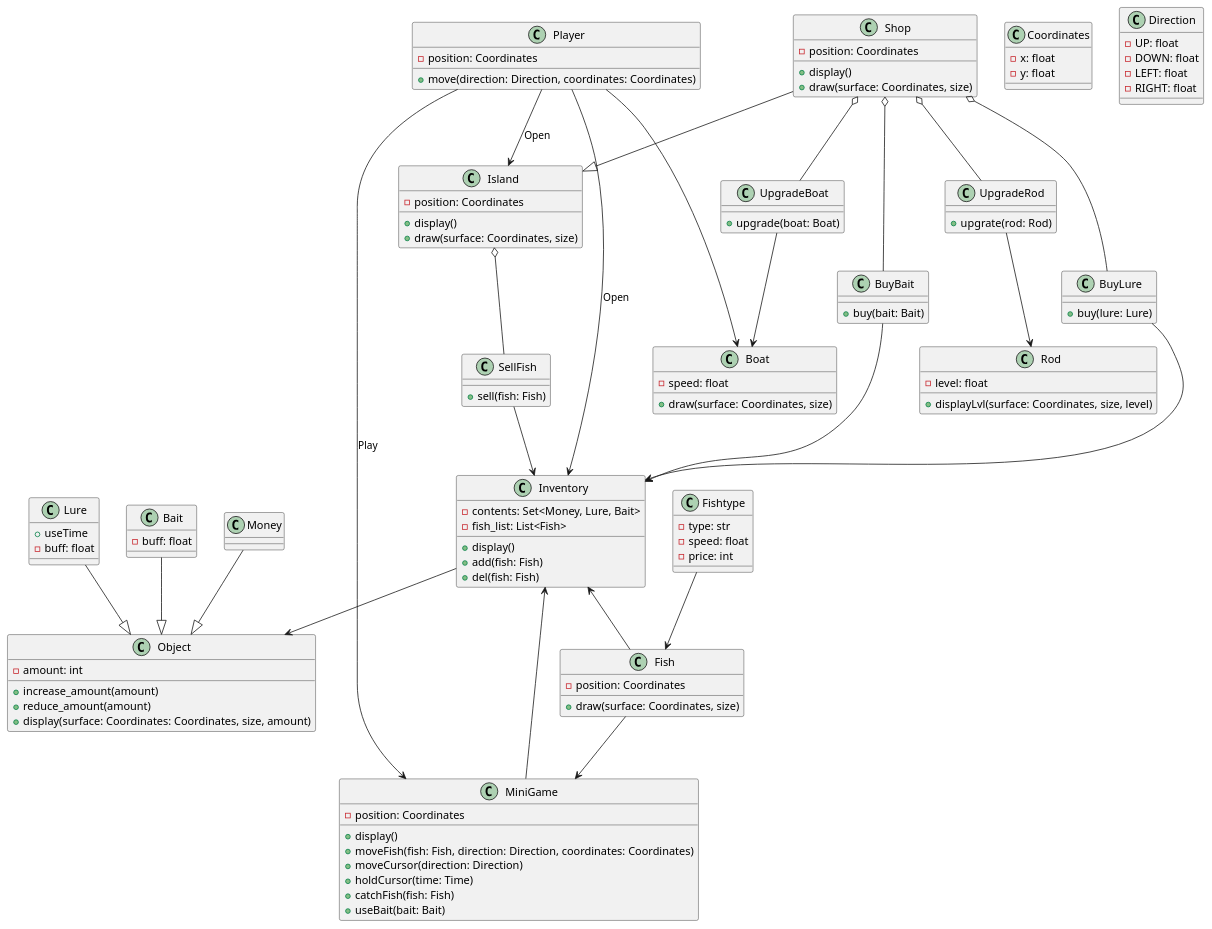
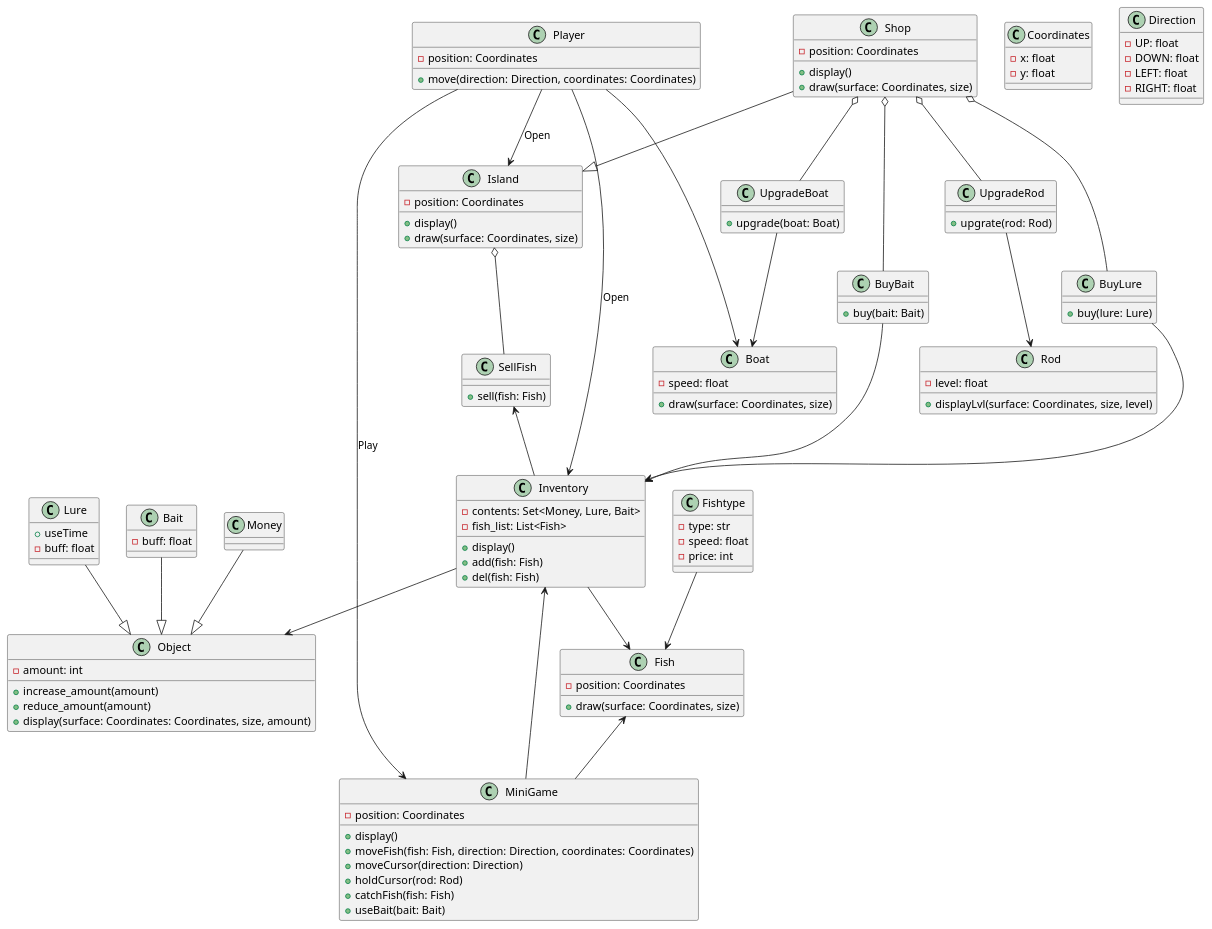
The diagram in docs/diagrams/struct/class_diagram.puml (lenk6663/studying), drawn with PlantUML before and after one commit. The commit also changed 1 other file, not shown here.

Commit message:
Fixed class diagram again

```diff
--- a/docs/diagrams/struct/class_diagram.puml
+++ b/docs/diagrams/struct/class_diagram.puml
@@ -1,134 +1,134 @@
 @startuml Диаграмма классов
 
 class Player {
     -position: Coordinates
     +move(direction: Direction, coordinates: Coordinates)
 }
 
 class Inventory {
     +display()
     -contents: Set<Money, Lure, Bait>
     -fish_list: List<Fish>
     +add(fish: Fish)
     +del(fish: Fish)
 }
 
 class Object {
     - amount: int
     + increase_amount(amount)
     + reduce_amount(amount)
     + display(surface: Coordinates: Coordinates, size, amount)
 }
 
 class Money {}
 
 class Fish {
     -position: Coordinates
     +draw(surface: Coordinates, size)
 }
 class Fishtype {
     -type: str
     -speed: float
     -price: int
 }
 
 class Lure {
     +useTime
     -buff: float
 }
 
 class Bait {
     -buff: float
 }
 
 class Coordinates {
     -x: float
     -y: float
 }
 
 class Direction {
     -UP: float
     -DOWN: float
     -LEFT: float
     -RIGHT: float
 }
 
 class Boat {
     -speed: float
     +draw(surface: Coordinates, size)
 }
 
 class Rod {
     -level: float
     +displayLvl(surface: Coordinates, size, level)
 }
 
 class MiniGame {
     -position: Coordinates
     +display()
     +moveFish(fish: Fish, direction: Direction, coordinates: Coordinates)
     +moveCursor(direction: Direction)
-    +holdCursor(time: Time)
+    +holdCursor(rod: Rod)
     +catchFish(fish: Fish)
     +useBait(bait: Bait)
 }
 
 class Shop {
     -position: Coordinates
     +display()
     +draw(surface: Coordinates, size)
 }
 
 class Island {
     -position: Coordinates
     +display()
     +draw(surface: Coordinates, size)
 }
 
 class SellFish {
     +sell(fish: Fish)
 }
 
 class UpgradeBoat {
     +upgrade(boat: Boat)
 }
 
 class UpgradeRod {
     +upgrate(rod: Rod)
 }
 
 class BuyBait {
     +buy(bait: Bait)
 }
 
 class BuyLure {
     +buy(lure: Lure)
 }
 
 
 
-Player --> Inventory : Open
+Player -> Inventory : Open
 Inventory --> Object
-Inventory <-- Fish
+Inventory --> Fish
 Lure --|> Object
 Bait --|> Object
 Money --|> Object
-Fish --> MiniGame
+Fish <-- MiniGame
 Player --> Boat
 Player ---> MiniGame : Play
 MiniGame --> Inventory 
 Player --> Island : Open
 Fishtype --> Fish
 BuyBait --> Inventory
 BuyLure --> Inventory
-SellFish --> Inventory
+SellFish <-- Inventory
 UpgradeBoat --> Boat
 UpgradeRod --> Rod
 Shop o-- UpgradeBoat
 Shop o-- UpgradeRod
 Shop o-- BuyBait
 Shop o-- BuyLure
 Shop --|> Island
 Island o-- SellFish
 
 @enduml
```
